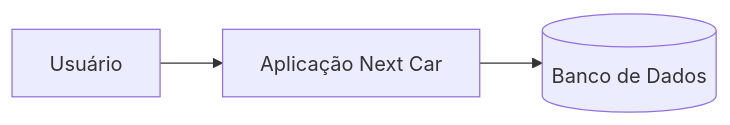
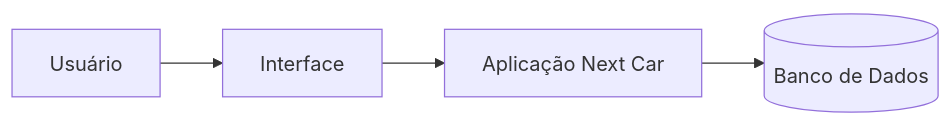
Before and after one commit to NextCar-Project/projeto-next-car: the third of 4 diagrams in README.md, drawn with Mermaid.

Commit message:
Update flowchart to include Frontend connection

````diff
--- a/README.md
+++ b/README.md
@@ -85,11 +85,13 @@
 ``` mermaid
 flowchart LR
 
 User[Usuário]
 
+Frontend[Interface]
 Backend[Aplicação Next Car]
 DB[(Banco de Dados)]
 
-User --> Backend
+User --> Frontend
+Frontend --> Backend
 Backend --> DB
 ```
````
